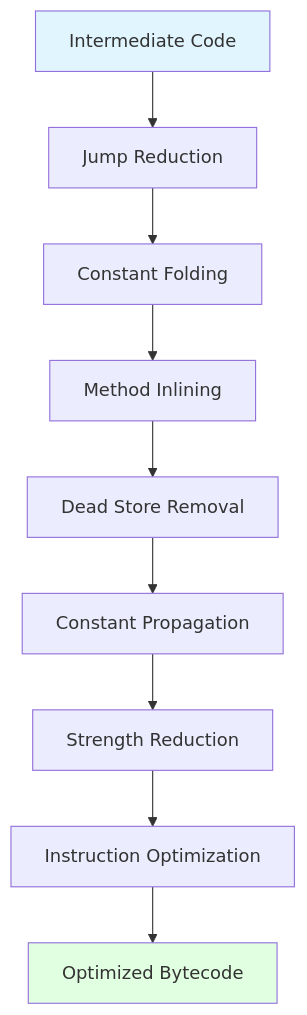
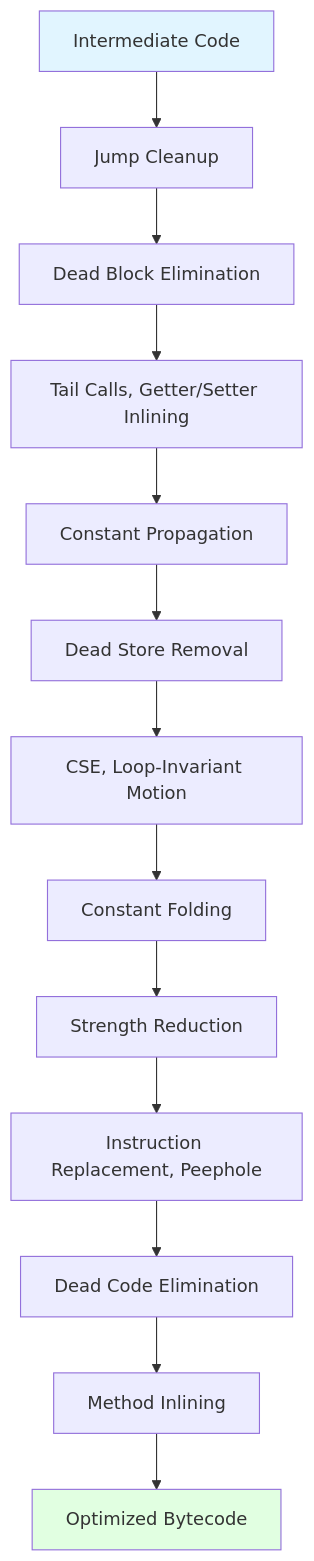
The third of 24 diagrams in docs/architecture.md (objeck/objeck-lang), drawn with Mermaid before and after one commit. The commit also changed other lines of this file and 8 other files, not shown here.

First line of the commit message:
docs: refresh architecture, JIT and index docs

````diff
--- a/docs/architecture.md
+++ b/docs/architecture.md
@@ -180,14 +183,18 @@
 ```mermaid
 graph TD
-    A[Intermediate Code] --> B[Jump Reduction]
-    B --> C[Constant Folding]
-    C --> D[Method Inlining]
-    D --> E[Dead Store Removal]
-    E --> F[Constant Propagation]
-    F --> G[Strength Reduction]
-    G --> H[Instruction Optimization]
-    H --> I[Optimized Bytecode]
+    A[Intermediate Code] --> B[Jump Cleanup]
+    B --> C[Dead Block Elimination]
+    C --> D[Tail Calls, Getter/Setter Inlining]
+    D --> E[Constant Propagation]
+    E --> F[Dead Store Removal]
+    F --> G[CSE, Loop-Invariant Motion]
+    G --> H[Constant Folding]
+    H --> I[Strength Reduction]
+    I --> J[Instruction Replacement, Peephole]
+    J --> K[Dead Code Elimination]
+    K --> L[Method Inlining]
+    L --> M[Optimized Bytecode]
 
     style A fill:#e1f5ff
-    style I fill:#e1ffe1
+    style M fill:#e1ffe1
 ```
````
